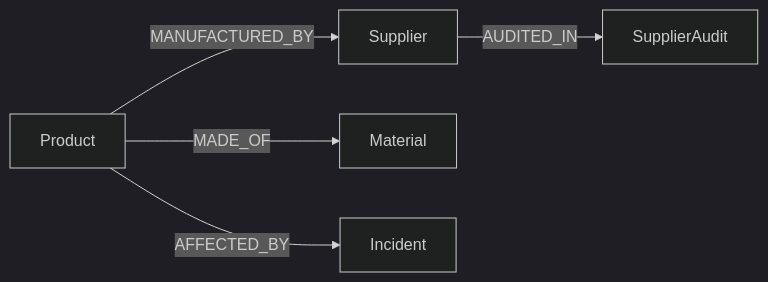
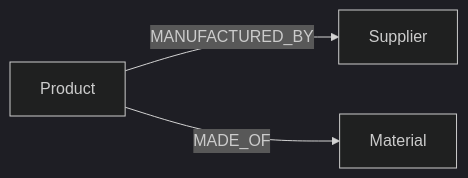
The third of 4 diagrams in site/content/agentic-ai-suite/tutorials/from-postgresql-to-graph-powered-catalog/graph-visualizer.md (arangodb/docs-hugo), drawn with Mermaid (dark theme) before and after one commit. The commit also changed other lines of this file and 9 other files, not shown here.

````diff
--- a/site/content/agentic-ai-suite/tutorials/from-postgresql-to-graph-powered-catalog/graph-visualizer.md
+++ b/site/content/agentic-ai-suite/tutorials/from-postgresql-to-graph-powered-catalog/graph-visualizer.md
@@ -217,7 +218,5 @@
 ```mermaid
 graph LR
   Product -->|MANUFACTURED_BY| Supplier
-  Supplier -->|AUDITED_IN| SupplierAudit
   Product -->|MADE_OF| Material
-  Product -->|AFFECTED_BY| Incident
 ```
````
